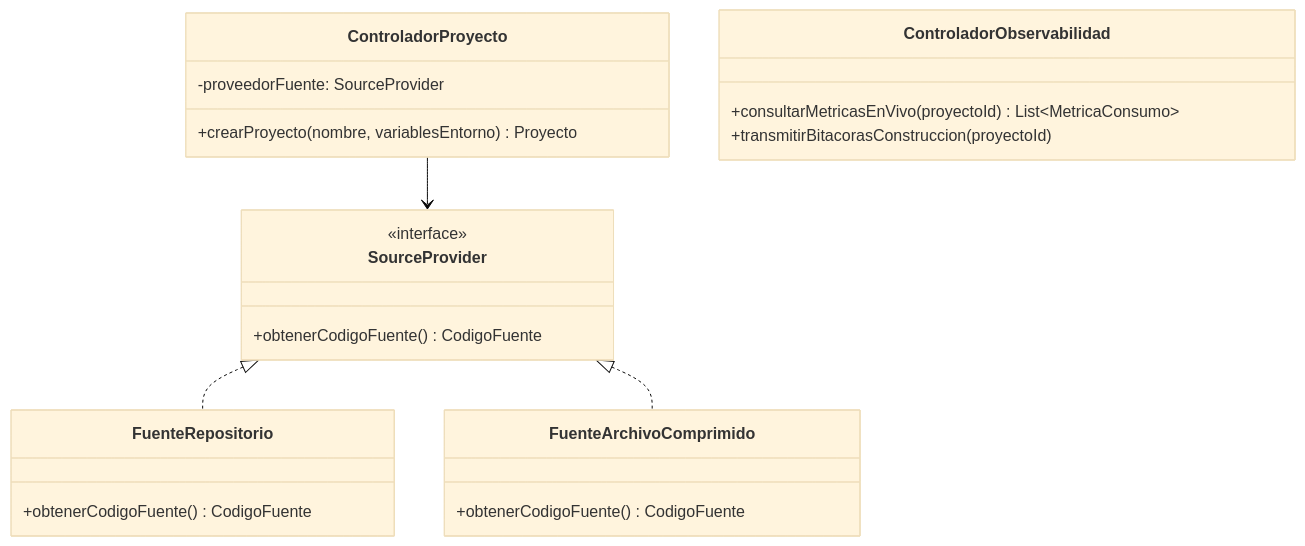
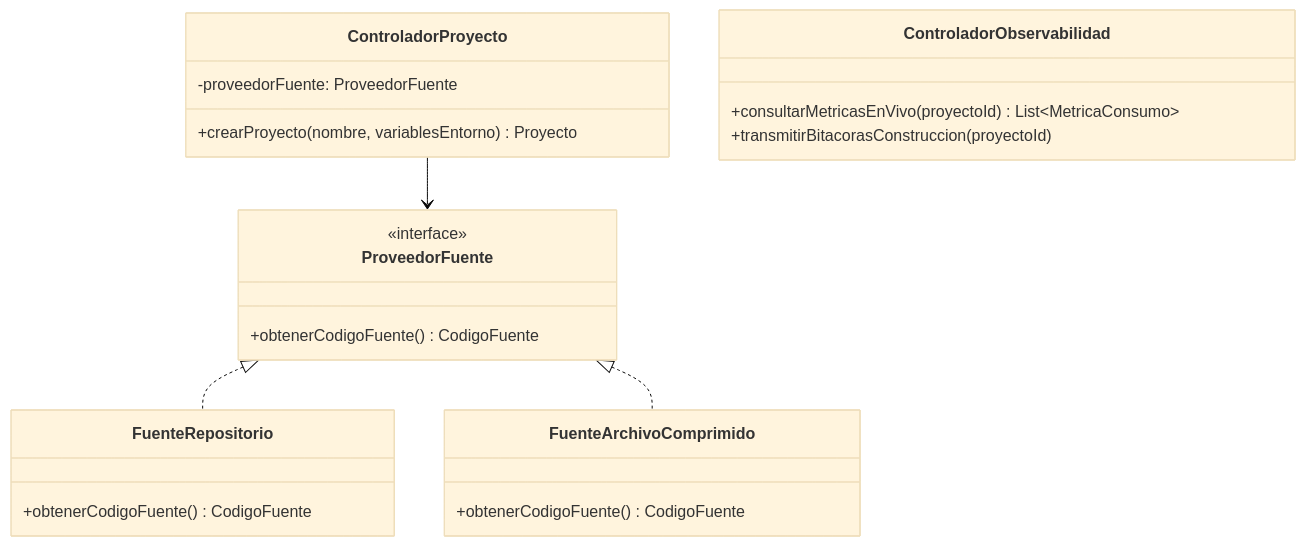
Before and after one commit to derekCmorales/deploya: diagram 19 of 28 in docs/arquitectura-maestro.md, drawn with Mermaid (base theme). The commit also changed other lines of this file and 39 other files, not shown here.

````diff
--- a/docs/arquitectura-maestro.md
+++ b/docs/arquitectura-maestro.md
@@ -1347,26 +1364,26 @@
 ```mermaid
 classDiagram
-    class SourceProvider {
+    class ProveedorFuente {
         <<interface>>
         +obtenerCodigoFuente() CodigoFuente
     }
     class FuenteRepositorio {
         +obtenerCodigoFuente() CodigoFuente
     }
     class FuenteArchivoComprimido {
         +obtenerCodigoFuente() CodigoFuente
     }
-    SourceProvider <|.. FuenteRepositorio
-    SourceProvider <|.. FuenteArchivoComprimido
+    ProveedorFuente <|.. FuenteRepositorio
+    ProveedorFuente <|.. FuenteArchivoComprimido
 
     class ControladorProyecto {
-        -proveedorFuente: SourceProvider
+        -proveedorFuente: ProveedorFuente
         +crearProyecto(nombre, variablesEntorno) Proyecto
     }
-    ControladorProyecto --> SourceProvider
+    ControladorProyecto --> ProveedorFuente
 
     class ControladorObservabilidad {
         +consultarMetricasEnVivo(proyectoId) List~MetricaConsumo~
         +transmitirBitacorasConstruccion(proyectoId)
     }
 ```
````
